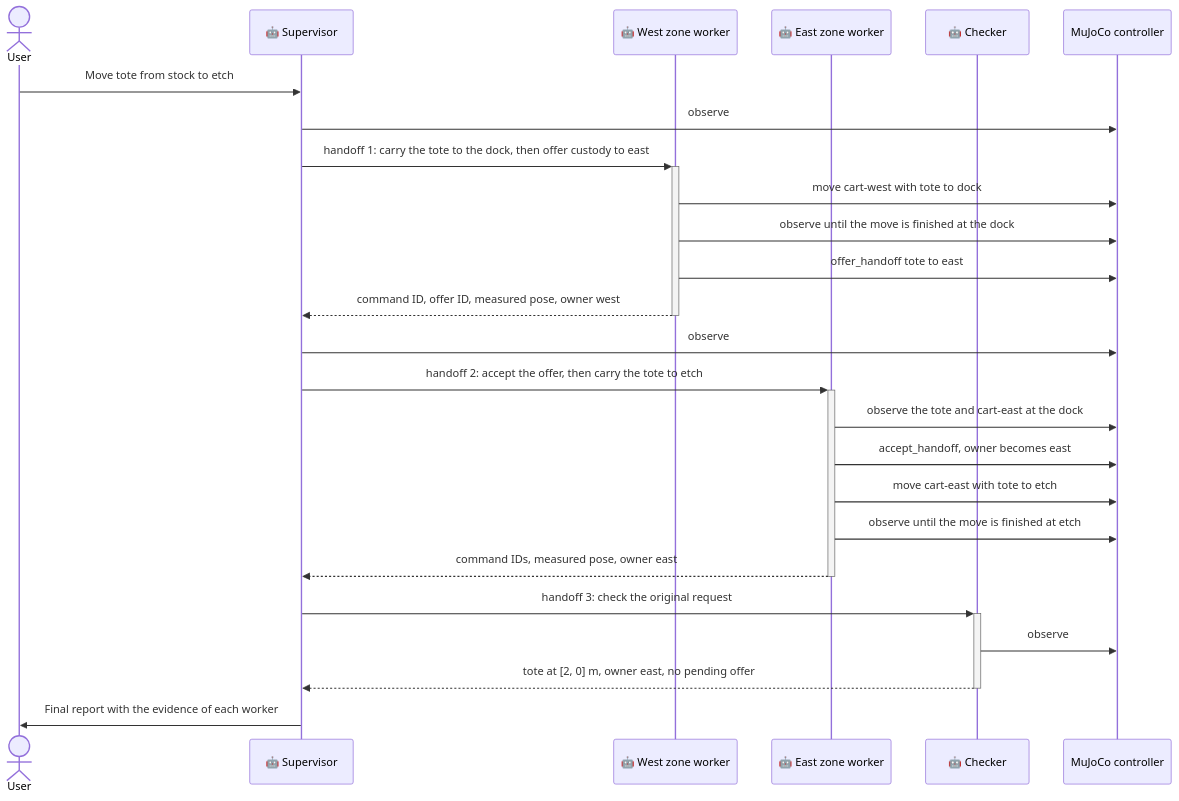
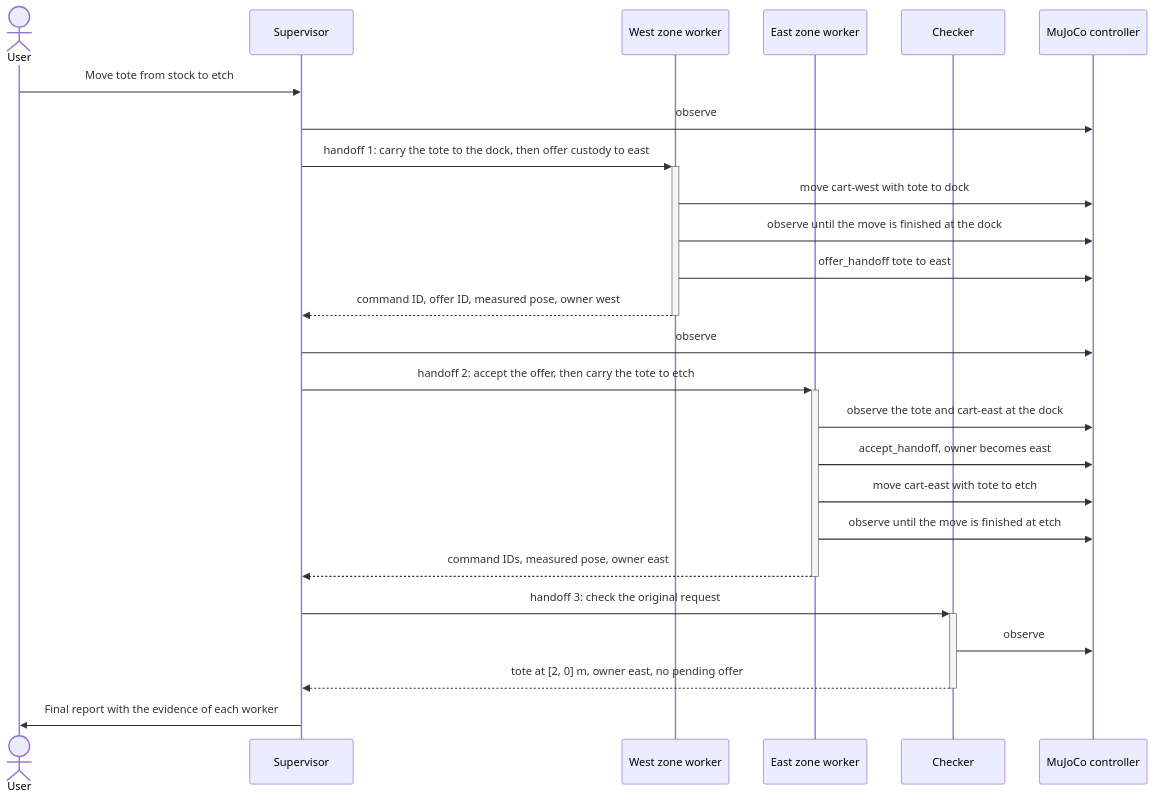
The second of 2 diagrams in examples/robotics/cross-zone-transport/README.md (awslabs/cli-agent-orchestrator), drawn with Mermaid before and after one commit. The commit also changed other lines of this file and 7 other files, not shown here.

````diff
--- a/examples/robotics/cross-zone-transport/README.md
+++ b/examples/robotics/cross-zone-transport/README.md
@@ -176,28 +202,28 @@
 ```mermaid
 sequenceDiagram
     actor User
-    participant S as 🤖 Supervisor
-    participant W as 🤖 West zone worker
-    participant E as 🤖 East zone worker
-    participant C as 🤖 Checker
+    participant S as Supervisor
+    participant W as West zone worker
+    participant E as East zone worker
+    participant C as Checker
     participant M as MuJoCo controller
 
     User->>S: Move tote from stock to etch
     S->>M: observe
     S->>+W: handoff 1: carry the tote to the dock, then offer custody to east
     W->>M: move cart-west with tote to dock
     W->>M: observe until the move is finished at the dock
     W->>M: offer_handoff tote to east
     W-->>-S: command ID, offer ID, measured pose, owner west
     S->>M: observe
     S->>+E: handoff 2: accept the offer, then carry the tote to etch
     E->>M: observe the tote and cart-east at the dock
     E->>M: accept_handoff, owner becomes east
     E->>M: move cart-east with tote to etch
     E->>M: observe until the move is finished at etch
     E-->>-S: command IDs, measured pose, owner east
     S->>+C: handoff 3: check the original request
     C->>M: observe
     C-->>-S: tote at [2, 0] m, owner east, no pending offer
     S->>User: Final report with the evidence of each worker
 ```
````
